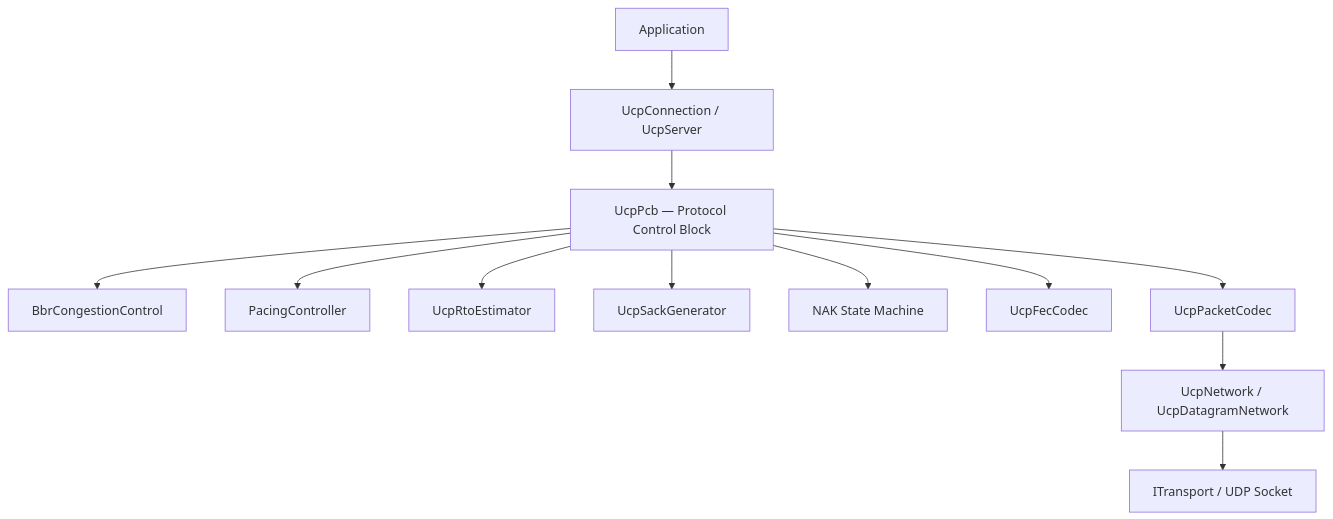
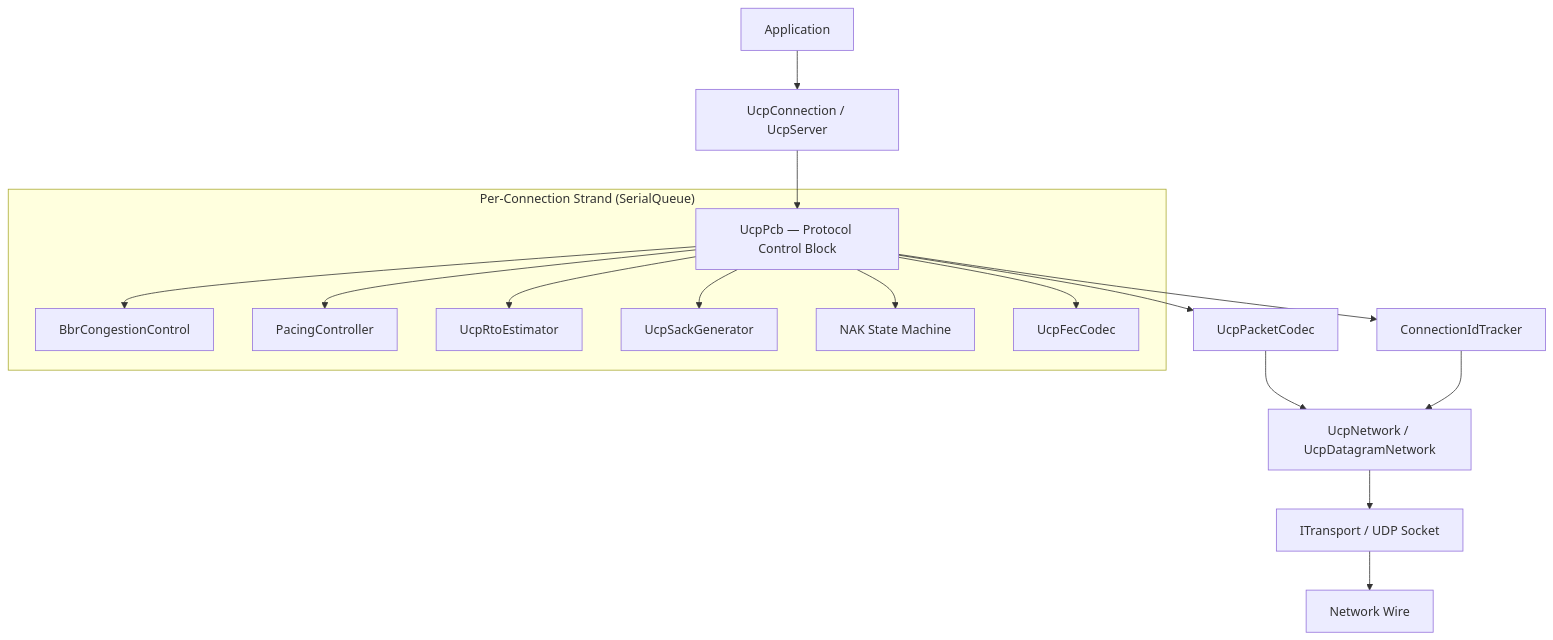
One commit to liulilittle/ucp changed the second of 12 diagrams in README.md. Above: the diagram before and after it, drawn with Mermaid. The commit also changed other lines of this file and 17 other files, not shown here.

````diff
--- a/README.md
+++ b/README.md
@@ -79,14 +215,27 @@
 ```mermaid
 flowchart TD
     App[Application] --> Public[UcpConnection / UcpServer]
     Public --> Pcb[UcpPcb — Protocol Control Block]
     Pcb --> Bbr[BbrCongestionControl]
     Pcb --> Pacing[PacingController]
     Pcb --> Rto[UcpRtoEstimator]
     Pcb --> Sack[UcpSackGenerator]
     Pcb --> Nak[NAK State Machine]
     Pcb --> Fec[UcpFecCodec]
+    Pcb --> ConnId[ConnectionIdTracker]
     Pcb --> Codec[UcpPacketCodec]
     Codec --> Network[UcpNetwork / UcpDatagramNetwork]
+    ConnId --> Network
     Network --> Transport[ITransport / UDP Socket]
+    Transport --> Wire[Network Wire]
+
+    subgraph "Per-Connection Strand (SerialQueue)"
+        Pcb
+        Bbr
+        Pacing
+        Rto
+        Sack
+        Nak
+        Fec
+    end
 ```
````
